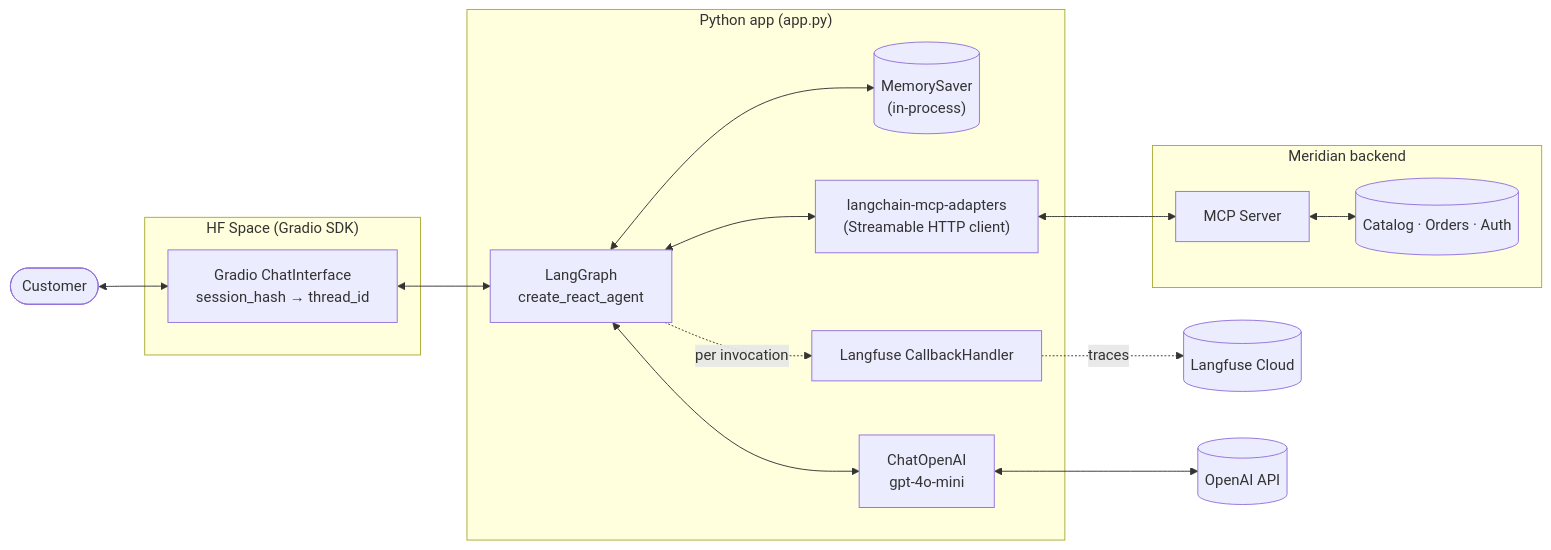
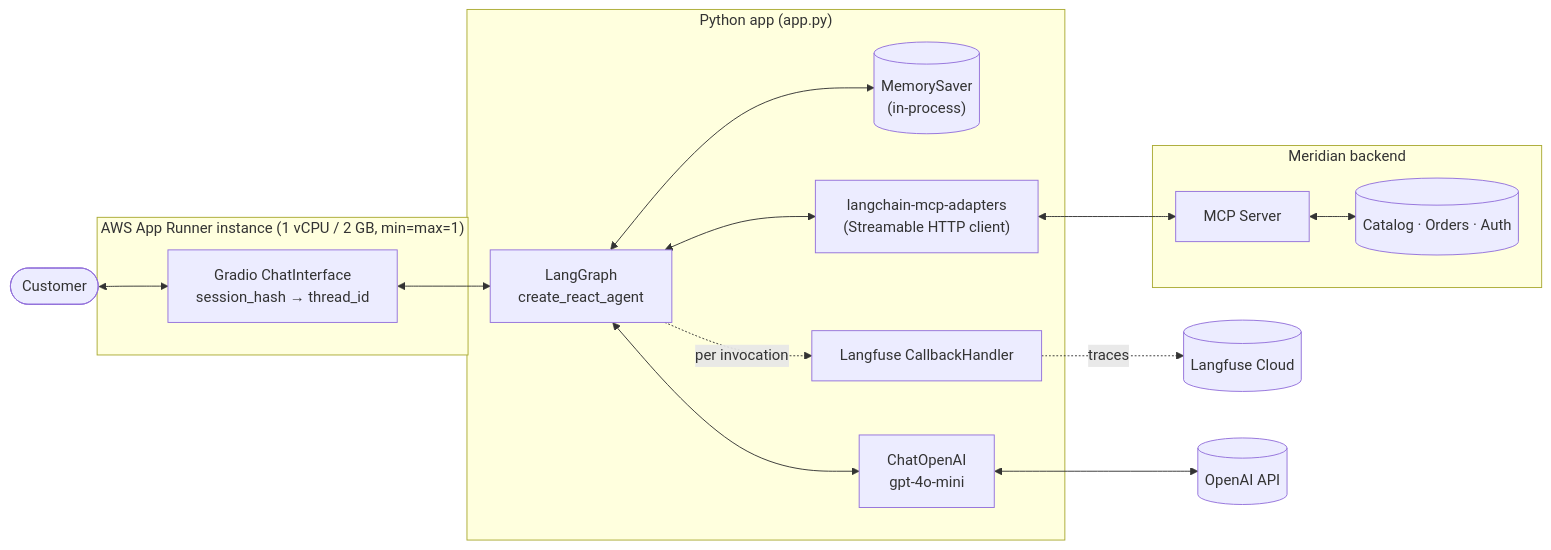
The first of 4 diagrams in docs/architecture.md (syntrydy/MeridianElectronicsChatBot), drawn with Mermaid before and after one commit. The commit also changed other lines of this file and 1 other file, not shown here.

Commit message:
Update documentation an architecture

````diff
--- a/docs/architecture.md
+++ b/docs/architecture.md
@@ -5,35 +5,35 @@
 ```mermaid
 flowchart LR
     User([Customer])
 
-    subgraph HF["HF Space (Gradio SDK)"]
+    subgraph Runner["AWS App Runner instance (1 vCPU / 2 GB, min=max=1)"]
         UI["Gradio ChatInterface<br/>session_hash → thread_id"]
     end
 
     subgraph App["Python app (app.py)"]
         Agent["LangGraph<br/>create_react_agent"]
         Mem[("MemorySaver<br/>(in-process)")]
         LLM["ChatOpenAI<br/>gpt-4o-mini"]
         Adapter["langchain-mcp-adapters<br/>(Streamable HTTP client)"]
         CB["Langfuse CallbackHandler"]
     end
 
     subgraph Meridian["Meridian backend"]
         MCP["MCP Server"]
         Sys[("Catalog · Orders · Auth")]
     end
 
     LF[(Langfuse Cloud)]
     OAI[(OpenAI API)]
 
     User <--> UI
     UI <--> Agent
     Agent <--> Mem
     Agent <--> LLM
     Agent <--> Adapter
     Adapter <--> MCP
     MCP <--> Sys
     LLM <--> OAI
     CB -.traces.-> LF
     Agent -.per invocation.-> CB
 ```
````
